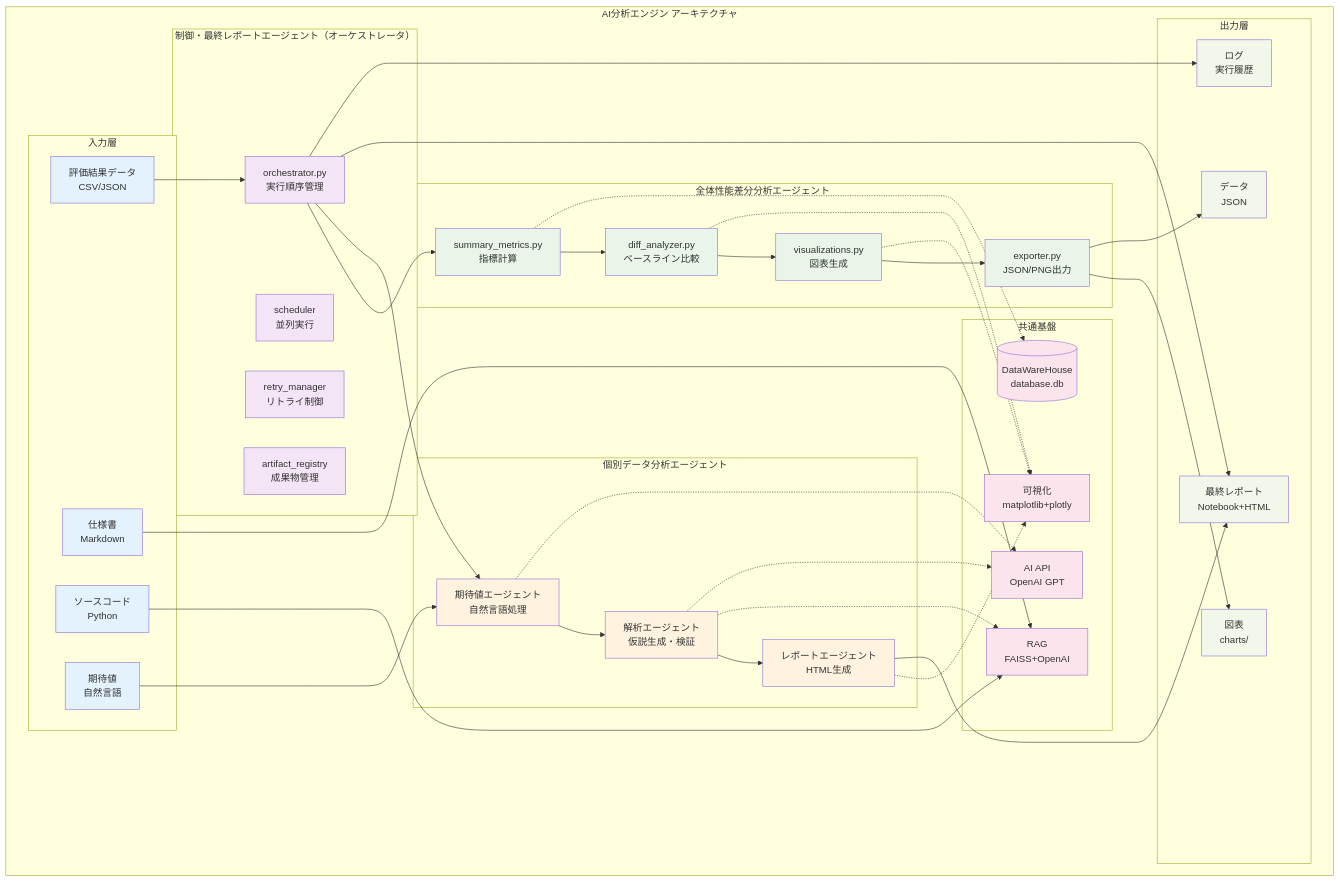
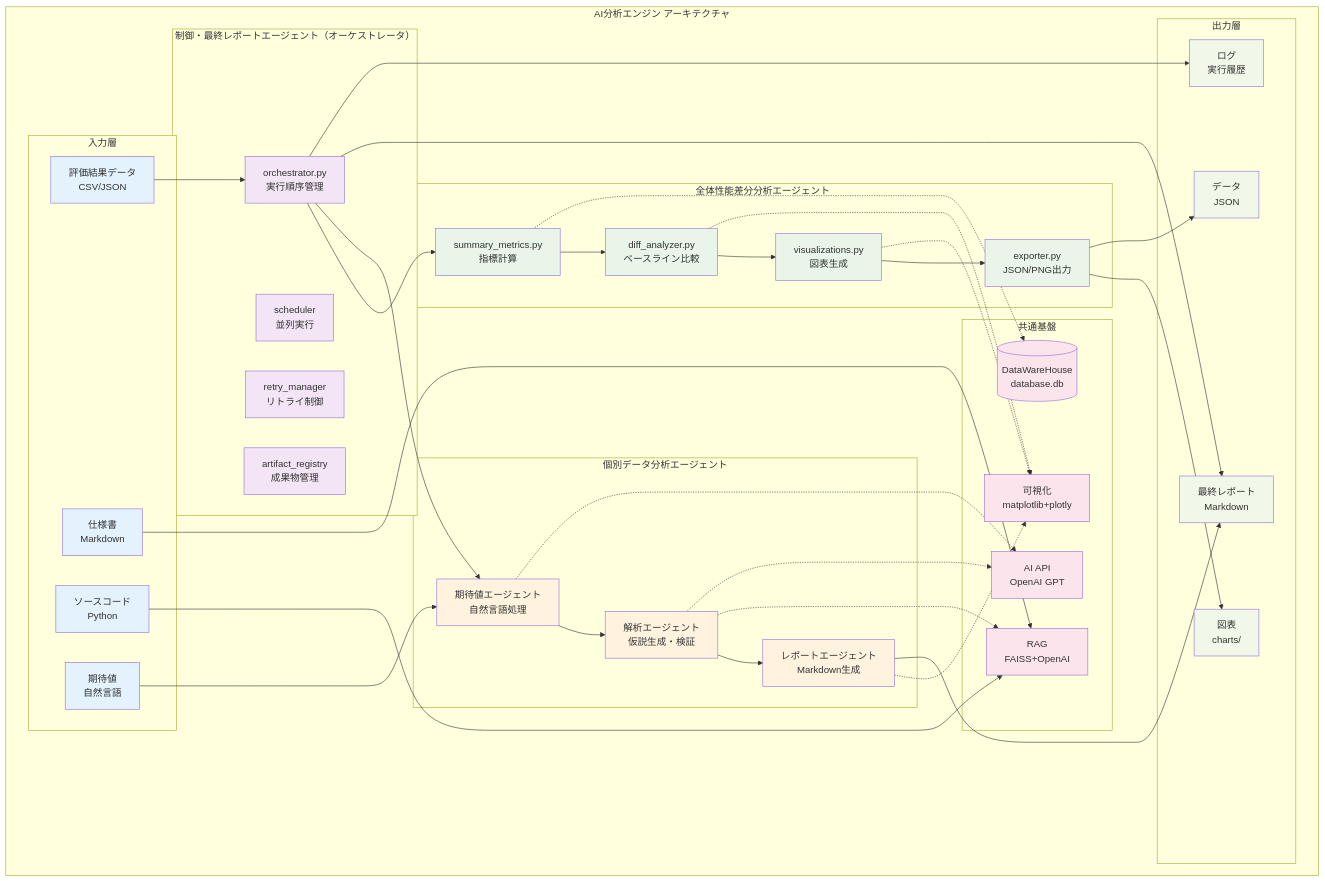
The first of 3 diagrams in projects/詳細設計資料/AI分析エンジン設計書.md (abekoki/Improve_algorithm_development), drawn with Mermaid before and after one commit. The commit also changed other lines of this file, not shown here.

Commit message:
仕様書を更新し、AI分析エンジンの最終レポート生成形式をMarkdownに変更。システム構成図や処理フロー図を追加し、各エージェントの出力内容を整理。関連する参照文書のリストを整備。

```diff
--- a/projects/詳細設計資料/AI分析エンジン設計書.md
+++ b/projects/詳細設計資料/AI分析エンジン設計書.md
@@ -79,7 +80,7 @@
         subgraph "個別データ分析エージェント"
             IA1[期待値エージェント<br/>自然言語処理]
             IA2[解析エージェント<br/>仮説生成・検証]
-            IA3[レポートエージェント<br/>HTML生成]
+            IA3[レポートエージェント<br/>Markdown生成]
         end
         
         subgraph "共通基盤"
@@ -90,7 +91,7 @@
         end
         
         subgraph "出力層"
-            O1[最終レポート<br/>Notebook+HTML]
+            O1[最終レポート<br/>Markdown]
             O2[図表<br/>charts/]
             O3[データ<br/>JSON]
             O4[ログ<br/>実行履歴]
```
